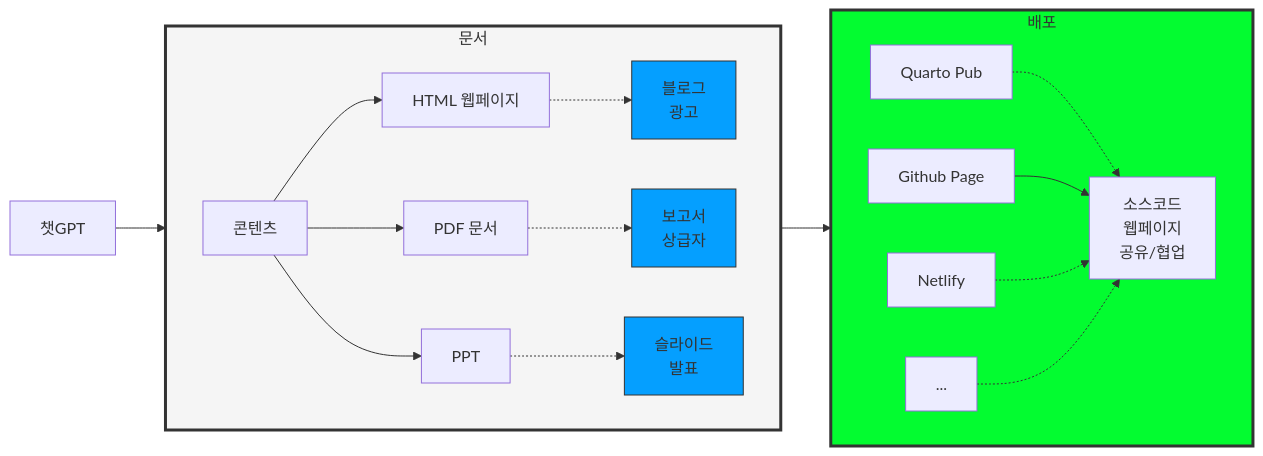
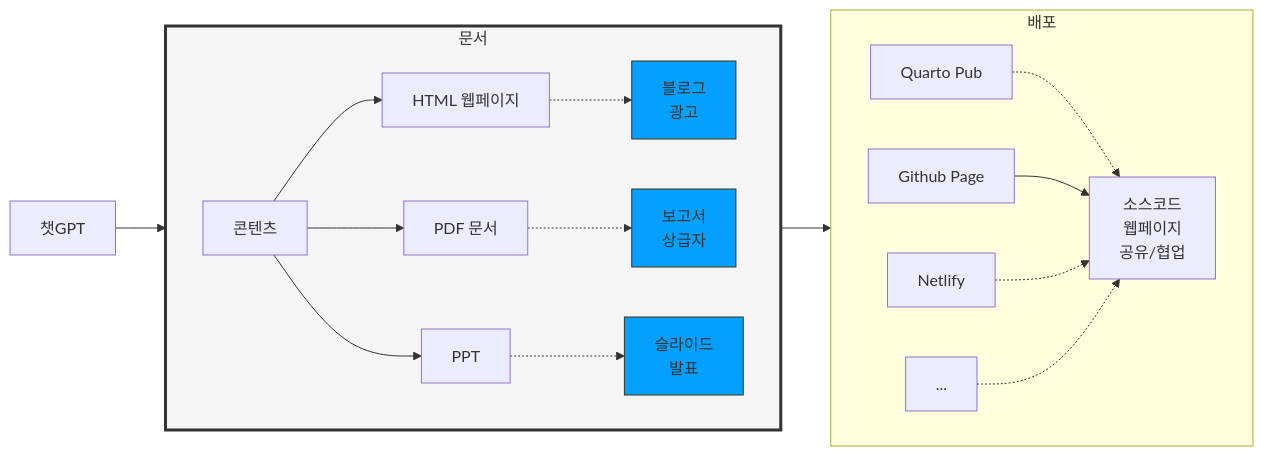
Before and after one commit to bit2r/gpt-quarto: the second of 2 diagrams in gpt_case_study.qmd, drawn with Mermaid. The commit also changed other lines of this file and 10 other files, not shown here.

````diff
--- a/gpt_case_study.qmd
+++ b/gpt_case_study.qmd
@@ -495,28 +499,27 @@
 ```{mermaid}
 graph LR
 
     chatGPT["챗GPT"] --> Document
 
     subgraph Document["문서"]
         direction LR
             Contents["콘텐츠"] --> HTML["HTML 웹페이지"] -.-> Ad["블로그<br>광고"]
             Contents --> PDF["PDF 문서"] -.-> Report["보고서<br>상급자"]
             Contents --> PPT["PPT"] -.-> Slide["슬라이드<br>발표"]
     end
 
     Document --> Deploy
 
     subgraph Deploy["배포"]
         direction LR
         Quarto["Quarto Pub"]  -.-> Web_Code["소스코드<br>웹페이지<br>공유/협업"]
         GitHub["Github Page"] --> Web_Code
         Netlify["Netlify"]    -.-> Web_Code
         Etc["..."]    -.-> Web_Code
     end
 
     style Document fill:#f5f5f5,stroke:#333,stroke-width:3px
     style Ad fill:#059fff,stroke:#333,stroke-width:1px
     style Report fill:#059fff,stroke:#333,stroke-width:1px
     style Slide fill:#059fff,stroke:#333,stroke-width:1px
-    style Deploy fill:#03fc30,stroke:#333,stroke-width:3px
 ```
````
